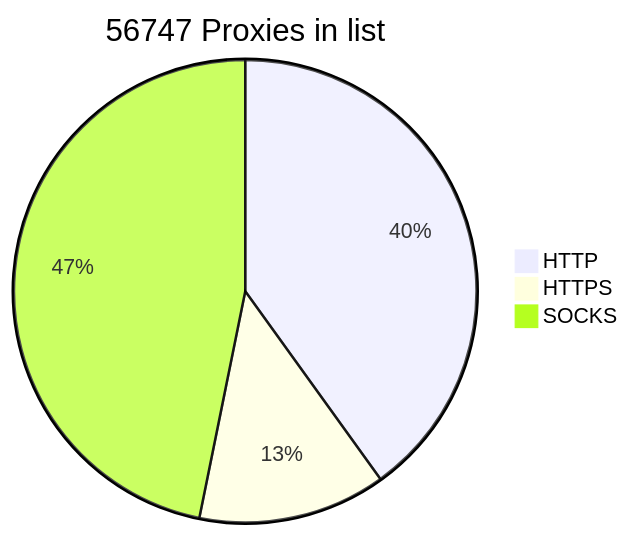
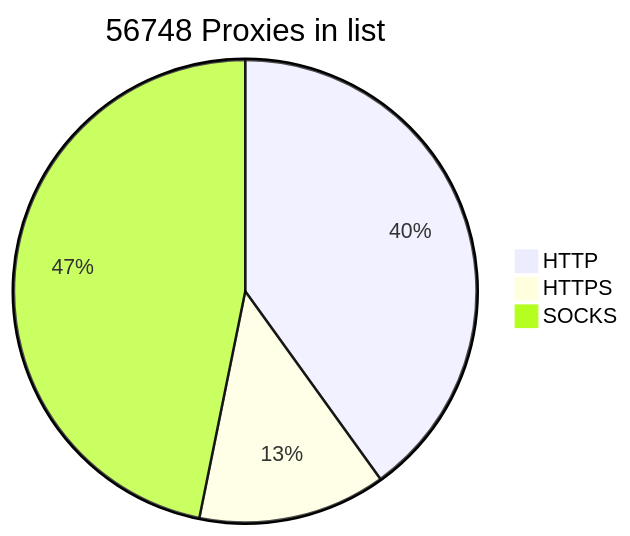
One commit to BlackSnowDot/proxylist-update-every-minute changed the diagram in README.md. Above: the diagram before and after it, drawn with Mermaid.

````diff
--- a/README.md
+++ b/README.md
@@ -2,6 +2,6 @@
 ```mermaid
-pie title 56747 Proxies in list
+pie title 56748 Proxies in list
     "HTTP" : 25566
     "HTTPS": 8369
-    "SOCKS" : 29873
+    "SOCKS" : 29874
 ```
````
